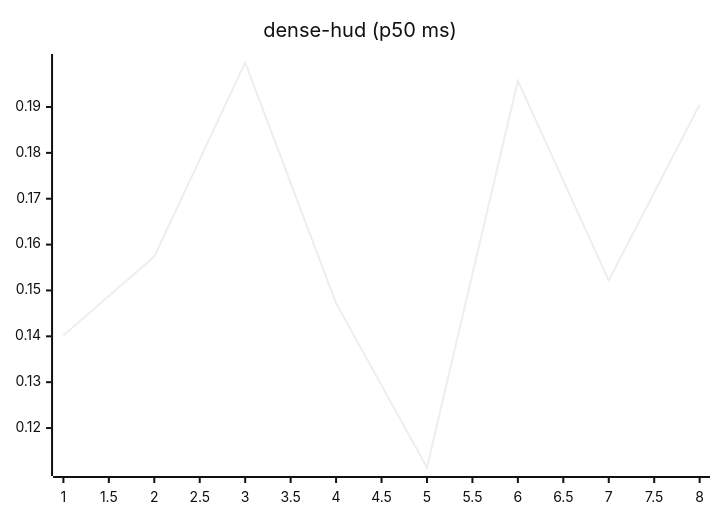
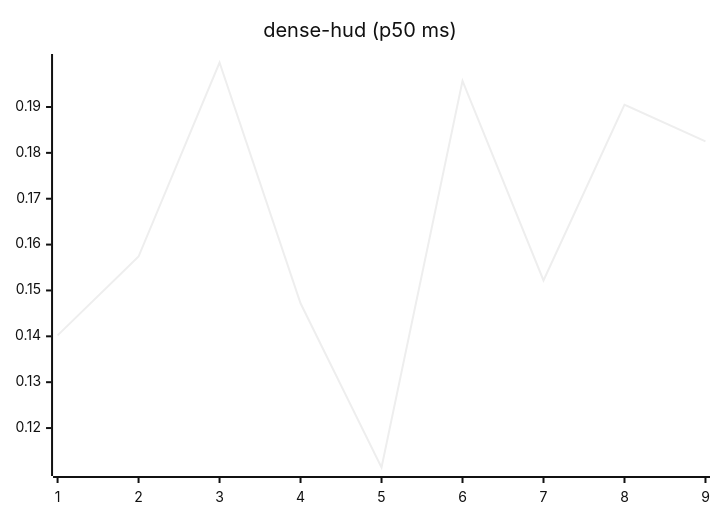
One commit to josha/Facet changed the eighth of 27 diagrams in README.md. Above: the diagram before and after it, drawn with Mermaid (neutral theme). The commit also changed other lines of this file and 2 other files, not shown here.

````diff
--- a/README.md
+++ b/README.md
@@ -112,6 +112,6 @@
 ```mermaid
 xychart-beta
     title "dense-hud (p50 ms)"
-    x-axis 1 --> 8
-    line [0.1402, 0.1574, 0.1997, 0.1472, 0.1114, 0.1957, 0.1522, 0.1905]
+    x-axis 1 --> 9
+    line [0.1402, 0.1574, 0.1997, 0.1472, 0.1114, 0.1957, 0.1522, 0.1905, 0.1825]
 ```
````
